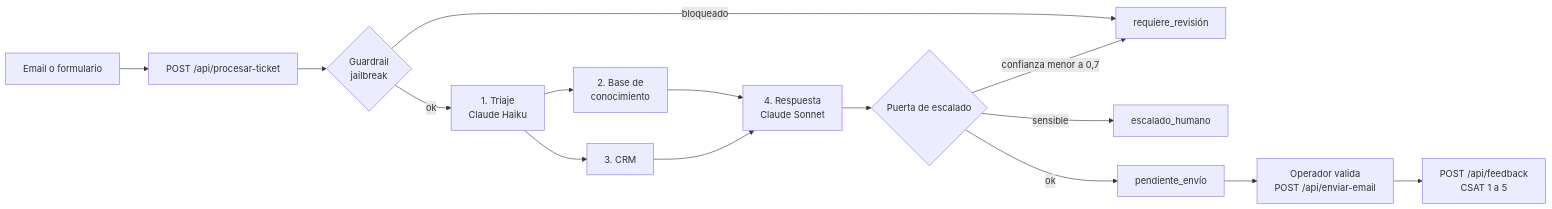
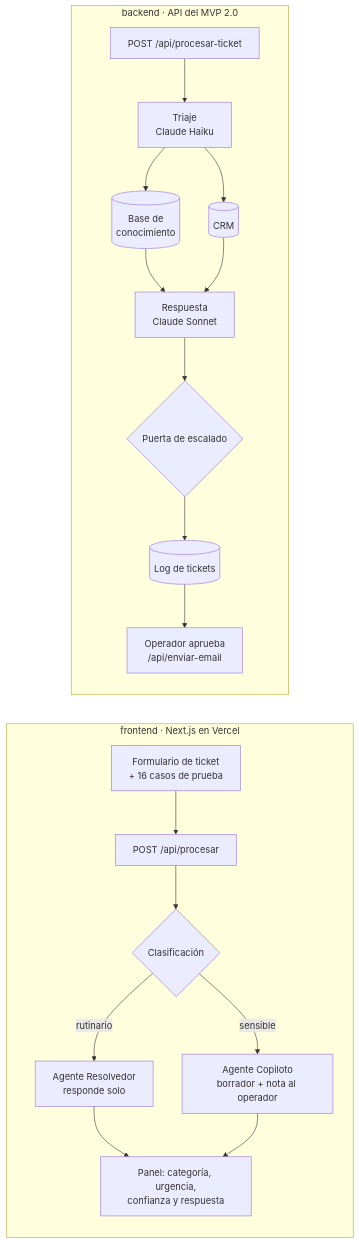
One commit to rominacor21/meraki-copiloto-soporte changed the diagram in README.md. Above: the diagram before and after it, drawn with Mermaid. The commit also changed other lines of this file and 91 other files, not shown here.

First line of the commit message:
Código del MVP en frontend/, datos en db/ y specs/

````diff
--- a/README.md
+++ b/README.md
@@ -11,17 +11,19 @@
 ```mermaid
 flowchart LR
-    A[Email o formulario] --> B[POST /api/procesar-ticket]
-    B --> G{Guardrail<br/>jailbreak}
-    G -- bloqueado --> R1[requiere_revisión]
-    G -- ok --> C[1. Triaje<br/>Claude Haiku]
-    C --> D[2. Base de<br/>conocimiento]
-    C --> E[3. CRM]
-    D --> F[4. Respuesta<br/>Claude Sonnet]
-    E --> F
-    F --> H{Puerta de escalado}
-    H -- sensible --> R2[escalado_humano]
-    H -- confianza menor a 0,7 --> R1
-    H -- ok --> R3[pendiente_envío]
-    R3 --> I[Operador valida<br/>POST /api/enviar-email]
-    I --> J[POST /api/feedback<br/>CSAT 1 a 5]
+    subgraph frontend [frontend · Next.js en Vercel]
+      UI[Formulario de ticket<br/>+ 16 casos de prueba] --> R[POST /api/procesar]
+      R --> CL{Clasificación}
+      CL -- rutinario --> RES[Agente Resolvedor<br/>responde solo]
+      CL -- sensible --> COP[Agente Copiloto<br/>borrador + nota al operador]
+      RES & COP --> P[Panel: categoría, urgencia,<br/>confianza y respuesta]
+    end
+    subgraph backend [backend · API del MVP 2.0]
+      T[POST /api/procesar-ticket] --> TR[Triaje<br/>Claude Haiku]
+      TR --> KB[(Base de<br/>conocimiento)]
+      TR --> CRM[(CRM)]
+      KB & CRM --> GEN[Respuesta<br/>Claude Sonnet]
+      GEN --> G{Puerta de escalado}
+      G --> LOG[(Log de tickets)]
+      LOG --> OP[Operador aprueba<br/>/api/enviar-email]
+    end
 ```
````
